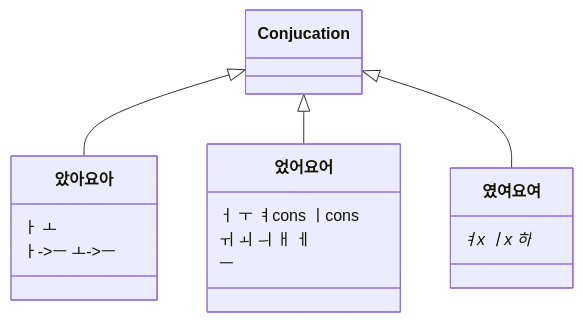
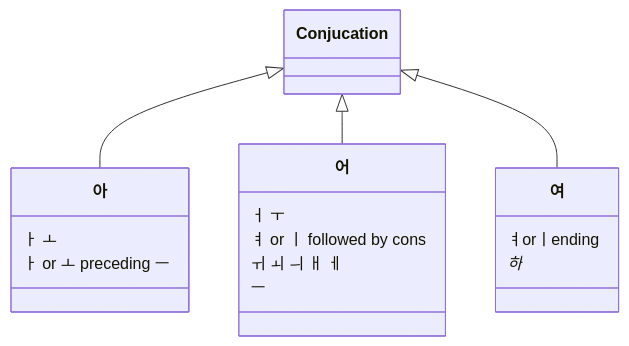
Before and after one commit to MiaHub/Korean: the diagram in pages_list/2022-12-23-conjugation.md, drawn with Mermaid. The commit also changed 1 other file, not shown here.

```diff
--- a/pages_list/2022-12-23-conjugation.md
+++ b/pages_list/2022-12-23-conjugation.md
@@ -8,18 +8,20 @@
 <pre class="mermaid">
 classDiagram
-    Conjucation <|-- 았 아요 아
-    Conjucation <|-- 었 어요 어
-    Conjucation <|-- 였 여요 여
-    class 았 아요 아{
+    Conjucation <|-- 아
+    Conjucation <|-- 어
+    Conjucation <|-- 여
+    class 아{
       ㅏ ㅗ
-      ㅏ->ㅡ ㅗ->ㅡ
+      ㅏ or ㅗ preceding ㅡ
     }
-    class 었 어요 어{
-      ㅓ ㅜ ㅕcons ㅣcons 
+    class 어{
+      ㅓ ㅜ 
+      ㅕ or ㅣ followed by cons 
       ㅟ ㅚ ㅢ ㅐ ㅔ  
       ㅡ
     }
-    class 였 여요 여{
-      ㅕx ㅣx 하*
+    class 여{
+      ㅕorㅣending 
+      하*
     }
 </pre>    
```
